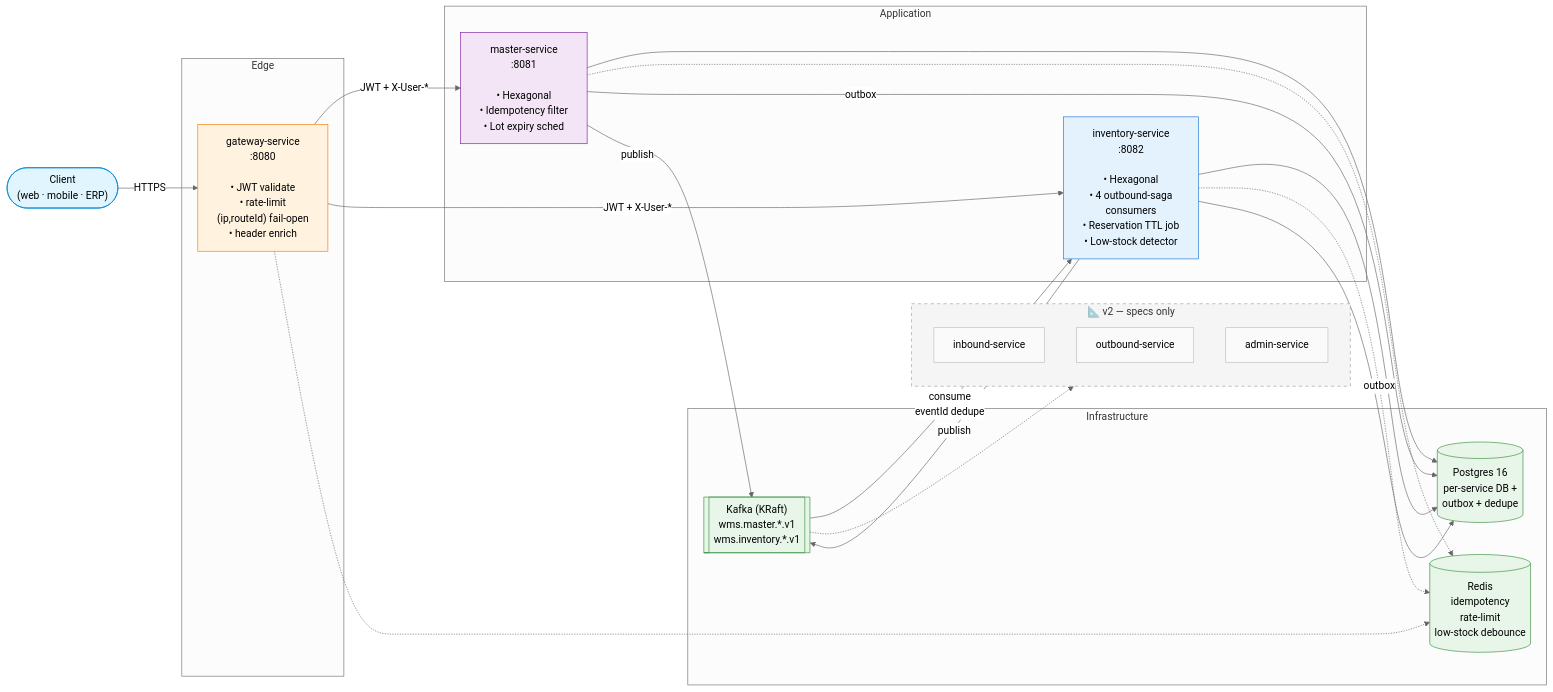
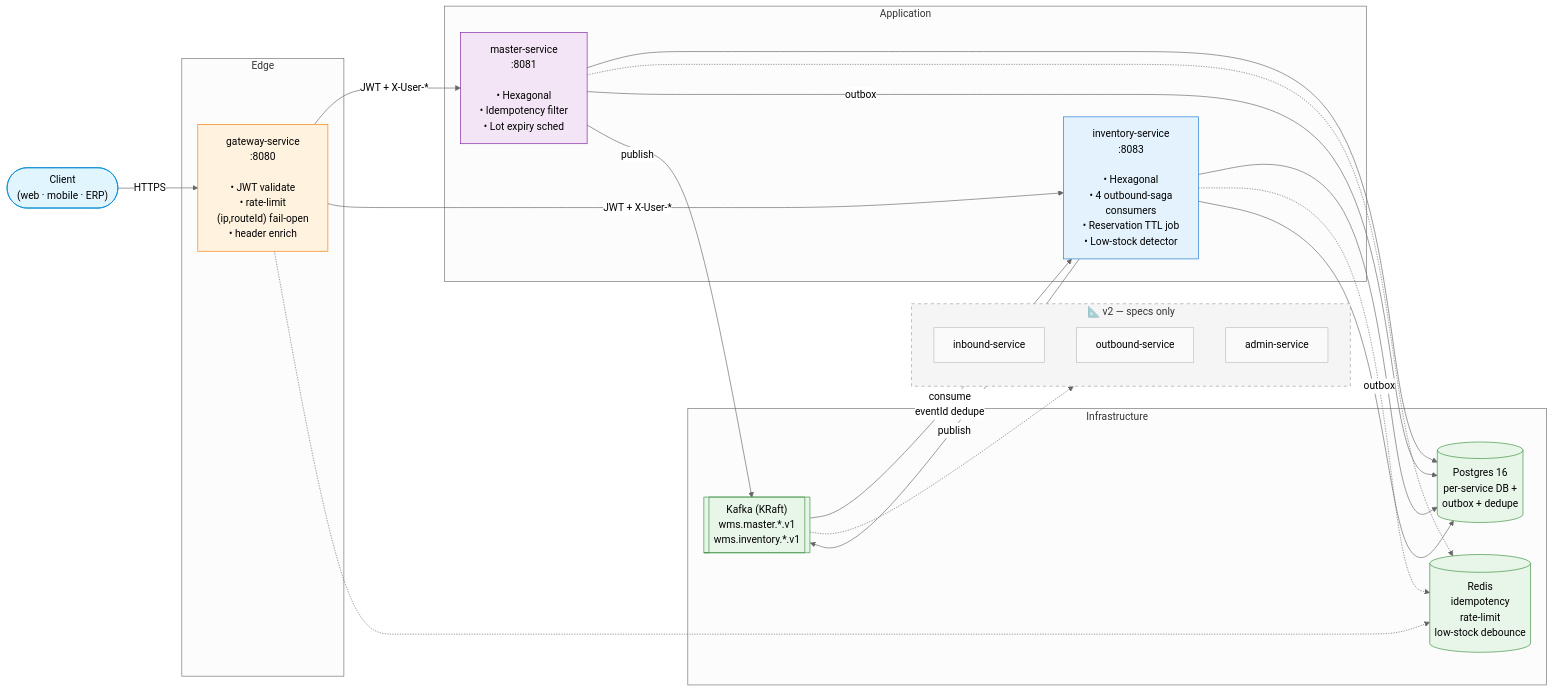
Before and after one commit to kanggle/monorepo-lab: the first of 5 diagrams in projects/wms-platform/README.md, drawn with Mermaid (neutral theme). The commit also changed other lines of this file and 8 other files, not shown here.

````diff
--- a/projects/wms-platform/README.md
+++ b/projects/wms-platform/README.md
@@ -60,53 +60,53 @@
 ```mermaid
 flowchart LR
     Client(["Client<br/>(web · mobile · ERP)"])
 
     subgraph Edge["Edge"]
         GW["gateway-service<br/>:8080<br/><br/>• JWT validate<br/>• rate-limit<br/>  (ip,routeId) fail-open<br/>• header enrich"]
     end
 
     subgraph App["Application"]
         MS["master-service<br/>:8081<br/><br/>• Hexagonal<br/>• Idempotency filter<br/>• Lot expiry sched"]
-        IS["inventory-service<br/>:8082<br/><br/>• Hexagonal<br/>• 4 outbound-saga<br/>  consumers<br/>• Reservation TTL job<br/>• Low-stock detector"]
+        IS["inventory-service<br/>:8083<br/><br/>• Hexagonal<br/>• 4 outbound-saga<br/>  consumers<br/>• Reservation TTL job<br/>• Low-stock detector"]
     end
 
     subgraph Infra["Infrastructure"]
         PG[("Postgres 16<br/>per-service DB +<br/>outbox + dedupe")]
         KF[["Kafka (KRaft)<br/>wms.master.*.v1<br/>wms.inventory.*.v1"]]
         RD[("Redis<br/>idempotency<br/>rate-limit<br/>low-stock debounce")]
     end
 
     subgraph V2["📐 v2 — specs only"]
         IB["inbound-service"]
         OB["outbound-service"]
         AD["admin-service"]
     end
 
     Client -->|HTTPS| GW
     GW -->|JWT + X-User-*| MS
     GW -->|JWT + X-User-*| IS
     GW -.-> RD
     MS --> PG
     IS --> PG
     MS -.-> RD
     IS -.-> RD
     MS -->|outbox| PG
     IS -->|outbox| PG
     MS -->|publish| KF
     IS -->|publish| KF
     KF -->|consume<br/>eventId dedupe| IS
 
     KF -.-> V2
 
     style Client fill:#e1f5ff,stroke:#0288d1
     style GW fill:#fff3e0,stroke:#f57c00
     style MS fill:#f3e5f5,stroke:#7b1fa2
     style IS fill:#e3f2fd,stroke:#1976d2
     style PG fill:#e8f5e9,stroke:#388e3c
     style KF fill:#e8f5e9,stroke:#388e3c
     style RD fill:#e8f5e9,stroke:#388e3c
     style V2 fill:#f5f5f5,stroke:#9e9e9e,stroke-dasharray:5 5
     style IB fill:#fafafa,stroke:#bdbdbd
     style OB fill:#fafafa,stroke:#bdbdbd
     style AD fill:#fafafa,stroke:#bdbdbd
 ```
````
